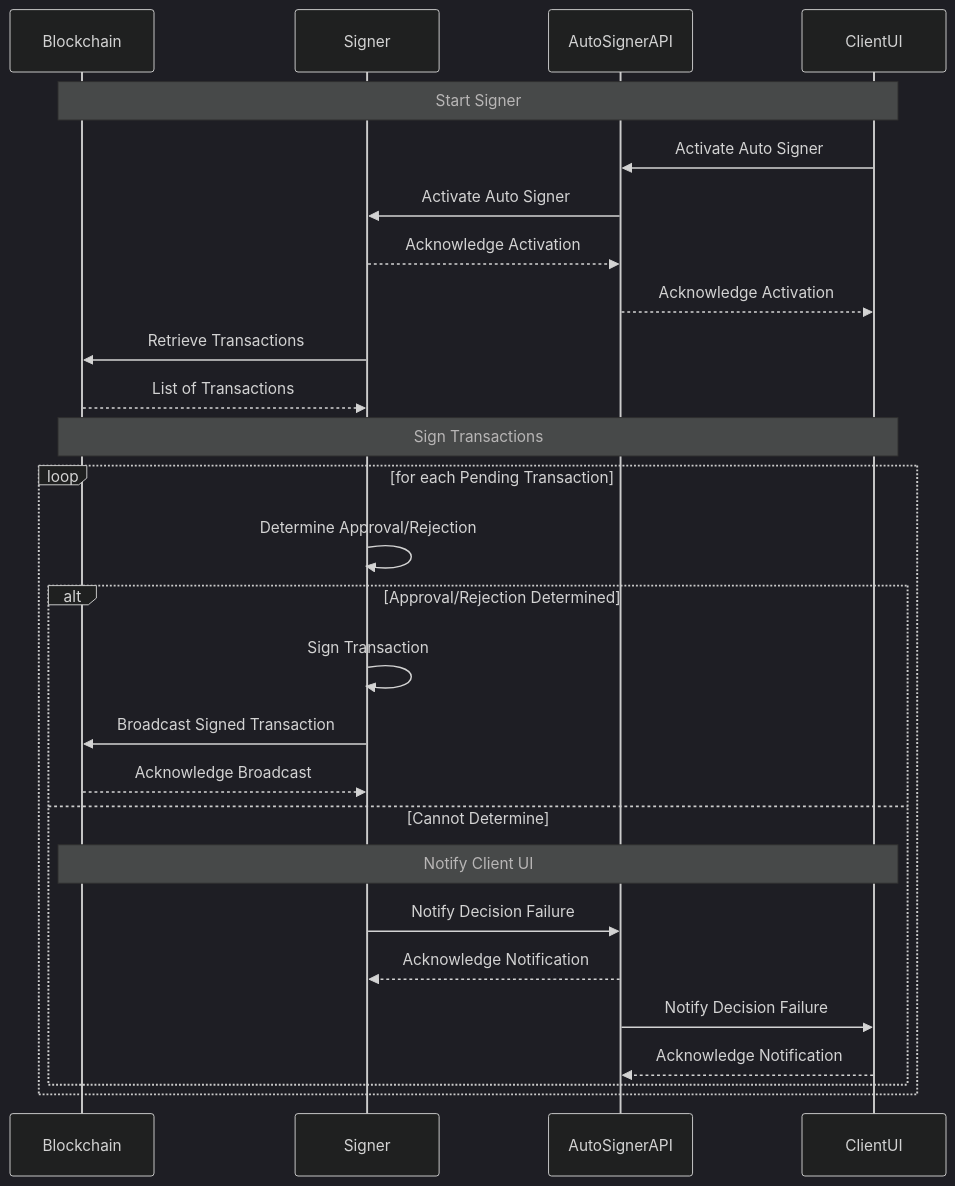
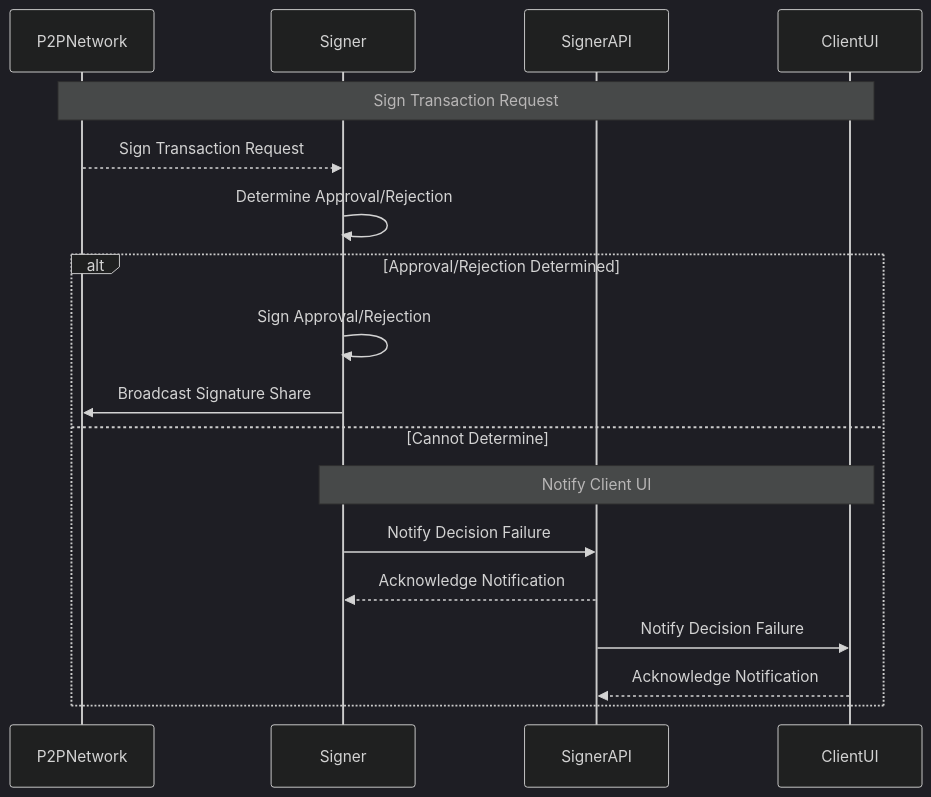
The second of 3 diagrams in stacks-coordinator-mini/README.md (papaya-dao/stacks-sbtc), drawn with Mermaid (dark theme) before and after one commit. The commit also changed other lines of this file, not shown here.

Commit message:
Fix mermaid diagrams to be more up to date

````diff
--- a/stacks-coordinator-mini/README.md
+++ b/stacks-coordinator-mini/README.md
@@ -43,32 +47,22 @@
 ```mermaid
 sequenceDiagram
-participant Blockchain
+participant P2PNetwork
 participant Signer
-participant AutoSignerAPI
+participant SignerAPI
 participant ClientUI
 
-Note over Blockchain, ClientUI: Start Signer
+Note over P2PNetwork, ClientUI: Sign Transaction Request
 
-ClientUI->>AutoSignerAPI: Activate Auto Signer
-AutoSignerAPI->>Signer: Activate Auto Signer
-Signer-->>AutoSignerAPI: Acknowledge Activation
-AutoSignerAPI-->>ClientUI: Acknowledge Activation
-Signer->>Blockchain: Retrieve Transactions
-Blockchain-->>Signer: List of Transactions
-
-Note over Blockchain, ClientUI: Sign Transactions  
-loop for each Pending Transaction
-    Signer->>Signer: Determine Approval/Rejection
-    alt Approval/Rejection Determined
-        Signer->>Signer: Sign Transaction
-        Signer->>Blockchain: Broadcast Signed Transaction
-        Blockchain-->>Signer: Acknowledge Broadcast
-    else Cannot Determine
-        Note over Blockchain, ClientUI: Notify Client UI
-        Signer->>AutoSignerAPI: Notify Decision Failure
-        AutoSignerAPI-->>Signer: Acknowledge Notification
-        AutoSignerAPI->>ClientUI: Notify Decision Failure
-        ClientUI-->>AutoSignerAPI: Acknowledge Notification
-    end
+P2PNetwork-->>Signer: Sign Transaction Request
+Signer->>Signer: Determine Approval/Rejection
+alt Approval/Rejection Determined
+    Signer->>Signer: Sign Approval/Rejection
+    Signer->>P2PNetwork: Broadcast Signature Share
+else Cannot Determine
+    Note over Signer, ClientUI: Notify Client UI
+    Signer->>SignerAPI: Notify Decision Failure
+    SignerAPI-->>Signer: Acknowledge Notification
+    SignerAPI->>ClientUI: Notify Decision Failure
+    ClientUI-->>SignerAPI: Acknowledge Notification
 end
 ```
````
